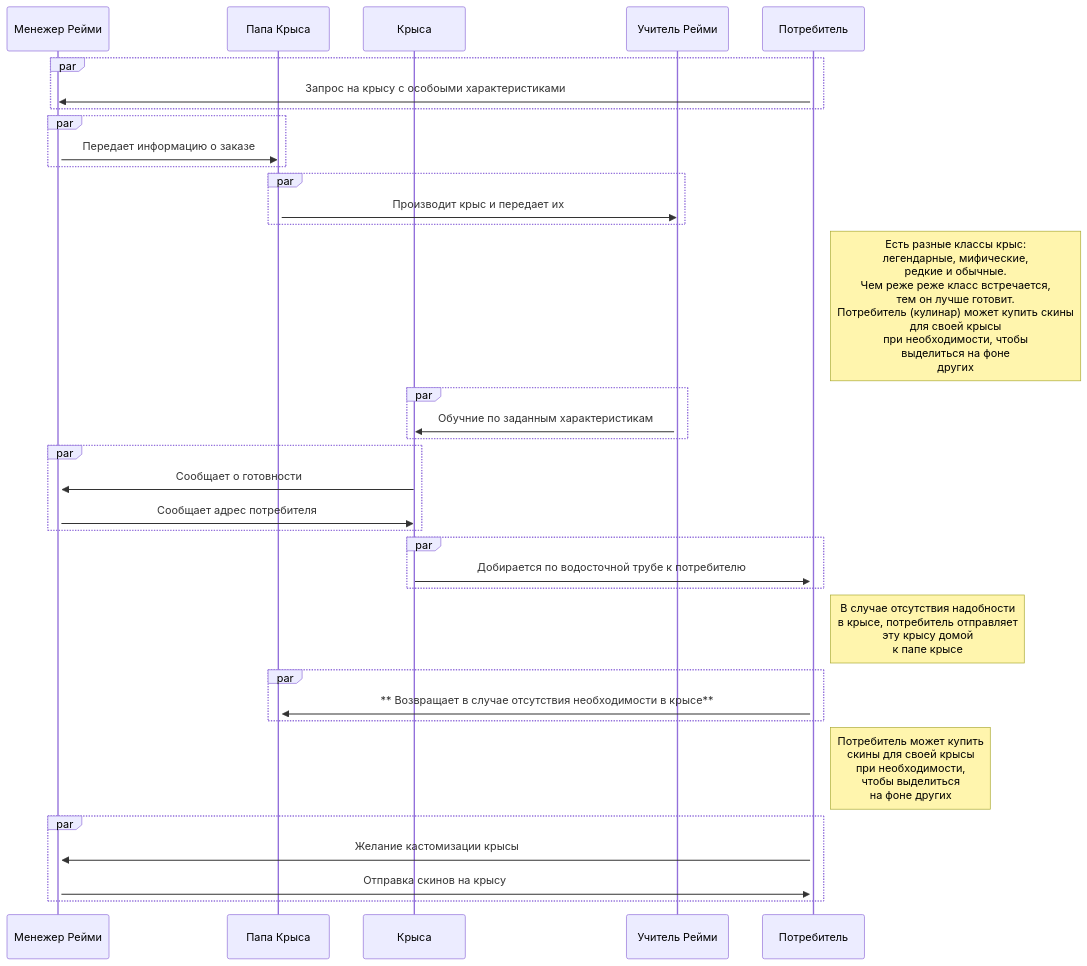
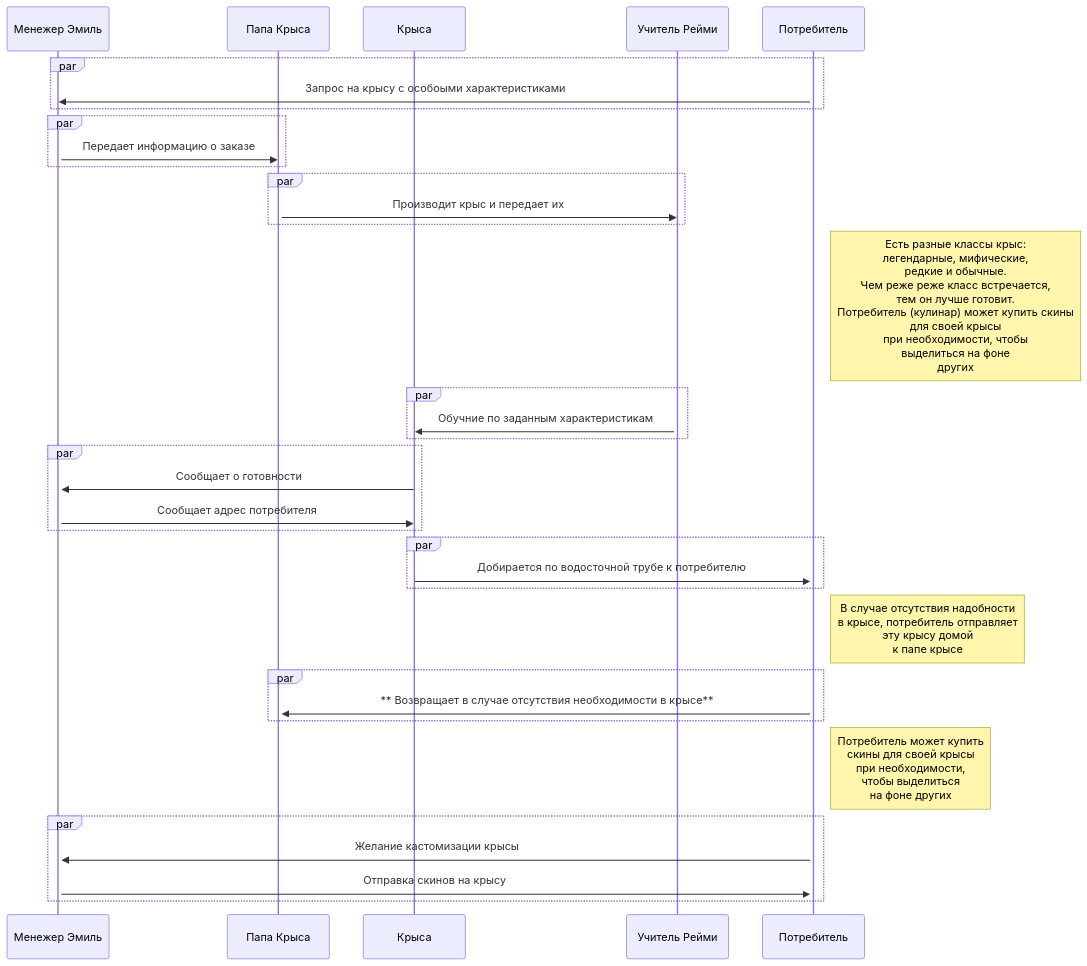
One commit to VegaMethadone/Software-engineering- changed the diagram in README.md. Above: the diagram before and after it, drawn with Mermaid. The commit also changed other lines of this file, not shown here.

````diff
--- a/README.md
+++ b/README.md
@@ -13,44 +13,44 @@
 ```mermaid
 sequenceDiagram
-    participant МР as Менежер Рейми
+    participant МР as Менежер Эмиль
     participant ПК as Папа Крыса
     participant К as Крыса
     participant Р as Учитель Рейми
     participant П as Потребитель
     activate П
     par
         П->>МР: Запрос на крысу с особоыми характеристиками 
     end
     activate МР
     par
         МР->>ПК:Передает информацию о заказе
     end
     activate ПК
     par
         ПК->>Р: Производит крыс и передает их
     end
 
     note right of П: Есть разные классы крыс: <br>легендарные, мифические,<br> редкие и обычные.<br> Чем реже реже класс встречается,<br>тем он лучше готовит. <br> Потребитель (кулинар) может купить скины <br>для своей крысы <br>при необходимости, чтобы <br>выделиться на фоне <br>других
 
     activate Р
     par 
         Р->>К:Обучние по заданным характеристикам
     end
     par
         К->>МР:Сообщает о готовности 
         МР->>К:Сообщает адрес потребителя
     end
     par
         К->>П: Добирается по водосточной трубе к потребителю
     end
     note right of П: В случае отсутствия надобности <br>в крысе, потребитель отправляет <br>эту крысу домой <br> к папе крысе
     par
         П->>ПК:** Возвращает в случае отсутствия необходимости в крысе**
     end
     note right of П: Потребитель может купить <br> скины для своей крысы <br>при необходимости, <br>чтобы выделиться <br>на фоне других
     par
         П->>МР: Желание кастомизации крысы
         МР->>П: Отправка скинов на крысу
     end
      
 ```
````
